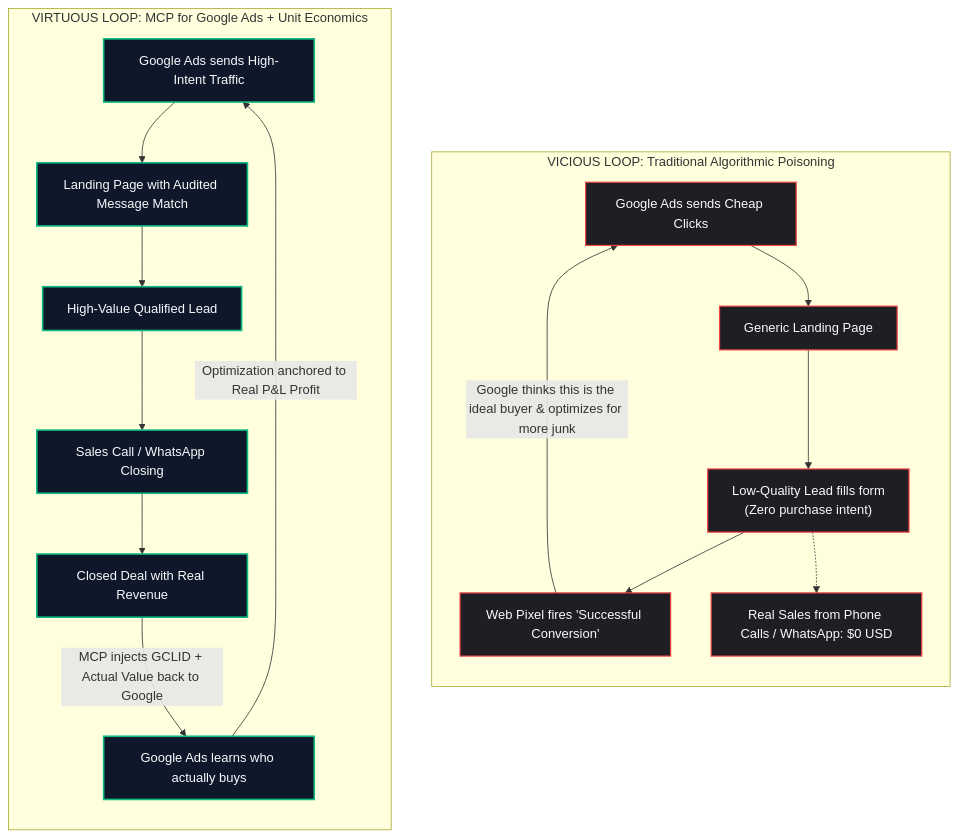
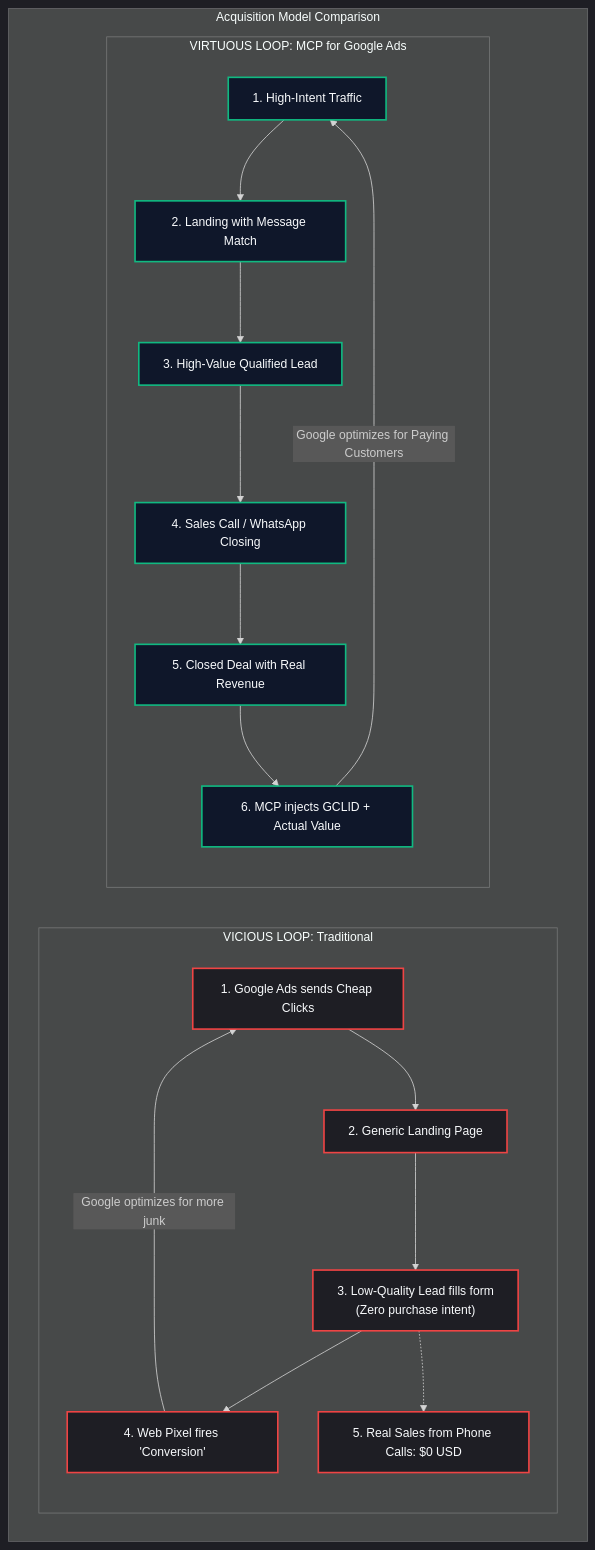
One commit to eddvasquez/mcp-for-google-ads changed the second of 3 diagrams in README.md. Above: the diagram before and after it, drawn with Mermaid. The commit also changed other lines of this file and 1 other file, not shown here.

Commit message:
docs(diagrams): optimizar tamano de fuentes, padding y wrapping para ajuste perfecto 1:1 en GitHub

````diff
--- a/README.md
+++ b/README.md
@@ -128,26 +129,37 @@
 ```mermaid
+%%{init: {'theme': 'dark', 'themeVariables': { 'fontSize': '15px' }}}%%
 flowchart TD
-    subgraph POISON ["VICIOUS LOOP: Traditional Algorithmic Poisoning"]
-        direction TB
-        P1["Google Ads sends Cheap Clicks"] --> P2["Generic Landing Page"]
-        P2 --> P3["Low-Quality Lead fills form<br>(Zero purchase intent)"]
-        P3 --> P4["Web Pixel fires 'Successful Conversion'"]
-        P4 -->|"Google thinks this is the ideal buyer & optimizes for more junk"| P1
-        P3 -.-> P5["Real Sales from Phone Calls / WhatsApp: $0 USD"]
+    subgraph BUCLES ["Acquisition Model Comparison"]
+        direction LR
+        subgraph POISON ["VICIOUS LOOP: Traditional"]
+            direction TB
+            P1["1. Google Ads sends Cheap Clicks"]
+            P2["2. Generic Landing Page"]
+            P3["3. Low-Quality Lead fills form<br>(Zero purchase intent)"]
+            P4["4. Web Pixel fires 'Conversion'"]
+            P5["5. Real Sales from Phone Calls: $0 USD"]
+
+            P1 --> P2 --> P3 --> P4
+            P4 -->|"Google optimizes for more junk"| P1
+            P3 -.-> P5
+        end
+
+        subgraph CURE ["VIRTUOUS LOOP: MCP for Google Ads"]
+            direction TB
+            C1["1. High-Intent Traffic"]
+            C2["2. Landing with Message Match"]
+            C3["3. High-Value Qualified Lead"]
+            C4["4. Sales Call / WhatsApp Closing"]
+            C5["5. Closed Deal with Real Revenue"]
+            C6["6. MCP injects GCLID + Actual Value"]
+
+            C1 --> C2 --> C3 --> C4 --> C5 --> C6
+            C6 -->|"Google optimizes for Paying Customers"| C1
+        end
     end
 
-    subgraph CURE ["VIRTUOUS LOOP: MCP for Google Ads + Unit Economics"]
-        direction TB
-        C1["Google Ads sends High-Intent Traffic"] --> C2["Landing Page with Audited Message Match"]
-        C2 --> C3["High-Value Qualified Lead"]
-        C3 --> C4["Sales Call / WhatsApp Closing"]
-        C4 --> C5["Closed Deal with Real Revenue"]
-        C5 -->|"MCP injects GCLID + Actual Value back to Google"| C6["Google Ads learns who actually buys"]
-        C6 -->|"Optimization anchored to Real P&L Profit"| C1
-    end
-
-    classDef bad fill:#1e1e24,stroke:#ef4444,stroke-width:1.5px,color:#f8fafc;
+    classDef bad fill:#1e1e24,stroke:#ef4444,stroke-width:2px,color:#f8fafc;
     classDef good fill:#0f172a,stroke:#10b981,stroke-width:2px,color:#f8fafc;
     class P1,P2,P3,P4,P5 bad;
     class C1,C2,C3,C4,C5,C6 good;
 ```
````
